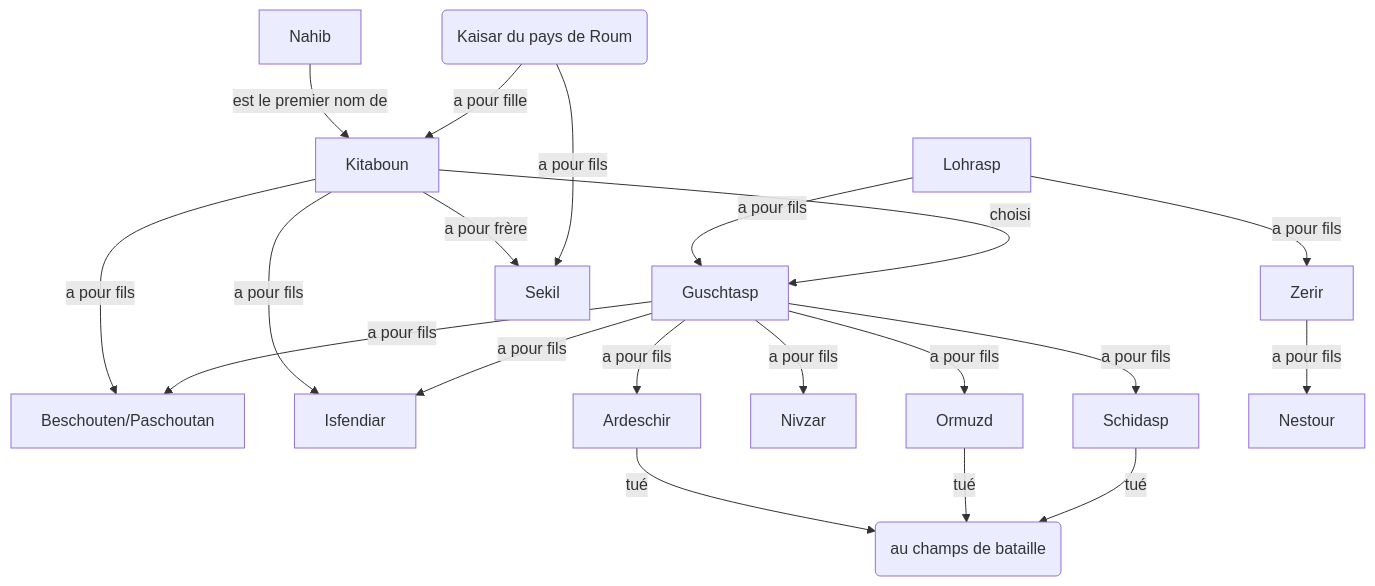
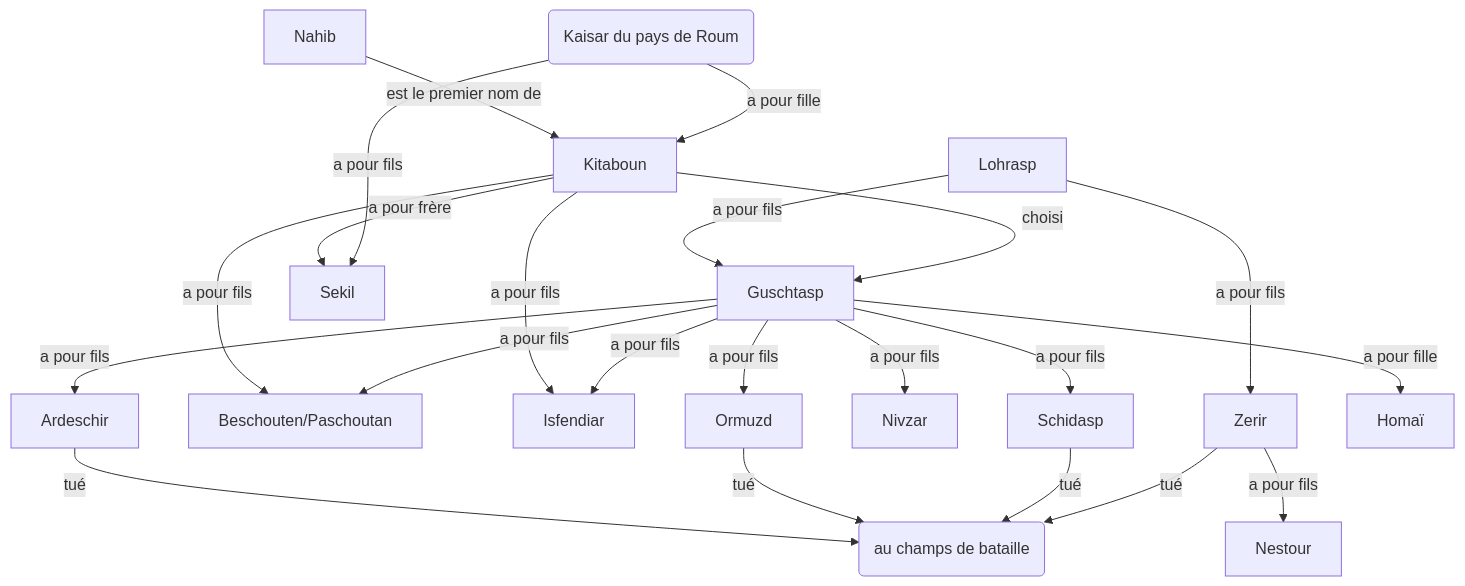
One commit to hdorgeval/le-livre-des-rois changed the diagram in src/graphs/lohrasp/lohrasp.mmd. Above: the diagram before and after it, drawn with Mermaid. The commit also changed 3 other files, not shown here.

```diff
--- a/src/graphs/lohrasp/lohrasp.mmd
+++ b/src/graphs/lohrasp/lohrasp.mmd
@@ -1,20 +1,22 @@
 graph TD
 Lohrasp --a pour fils--> Guschtasp
 Lohrasp --a pour fils--> Zerir
 Nahib --est le premier nom de --> Kitaboun
 Kitaboun --choisi--> Guschtasp
 K(Kaisar du pays de Roum) --a pour fille --> Kitaboun
 Kitaboun --a pour frère--> Sekil
 K(Kaisar du pays de Roum) --a pour fils--> Sekil 
 Kitaboun --a pour fils--> Beschouten/Paschoutan
 Kitaboun --a pour fils--> Isfendiar
 Guschtasp --a pour fils--> Beschouten/Paschoutan
 Guschtasp --a pour fils--> Isfendiar
 Guschtasp --a pour fils--> Schidasp
 Guschtasp --a pour fils--> Nivzar
 Guschtasp --a pour fils--> Ardeschir
 Guschtasp --a pour fils--> Ormuzd
+Guschtasp --a pour fille--> Homaï
 Ardeschir --tué --> B(au champs de bataille)
 Ormuzd --tué --> B(au champs de bataille)
 Schidasp --tué --> B(au champs de bataille)
 Zerir --a pour fils--> Nestour
+Zerir --tué --> B(au champs de bataille)
```
